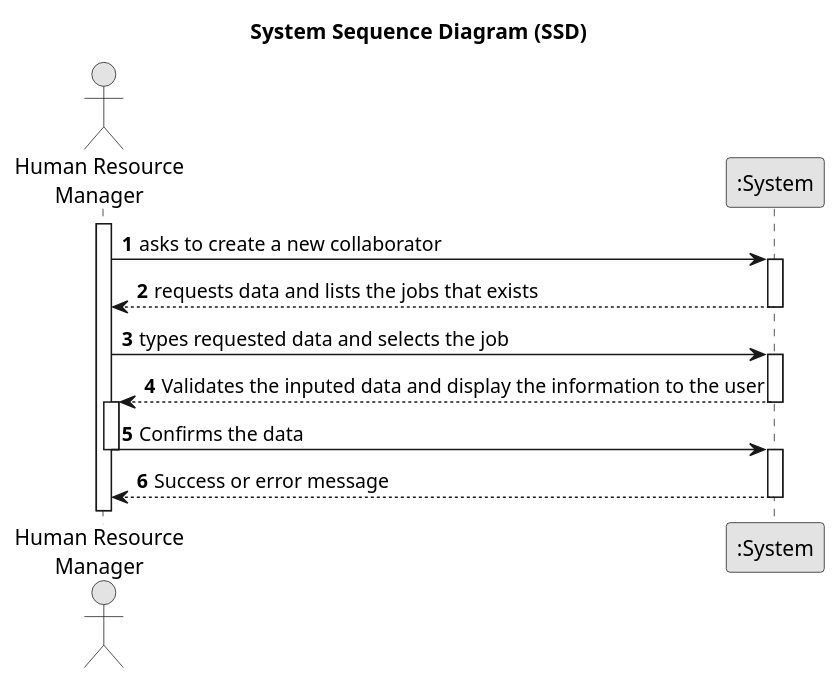
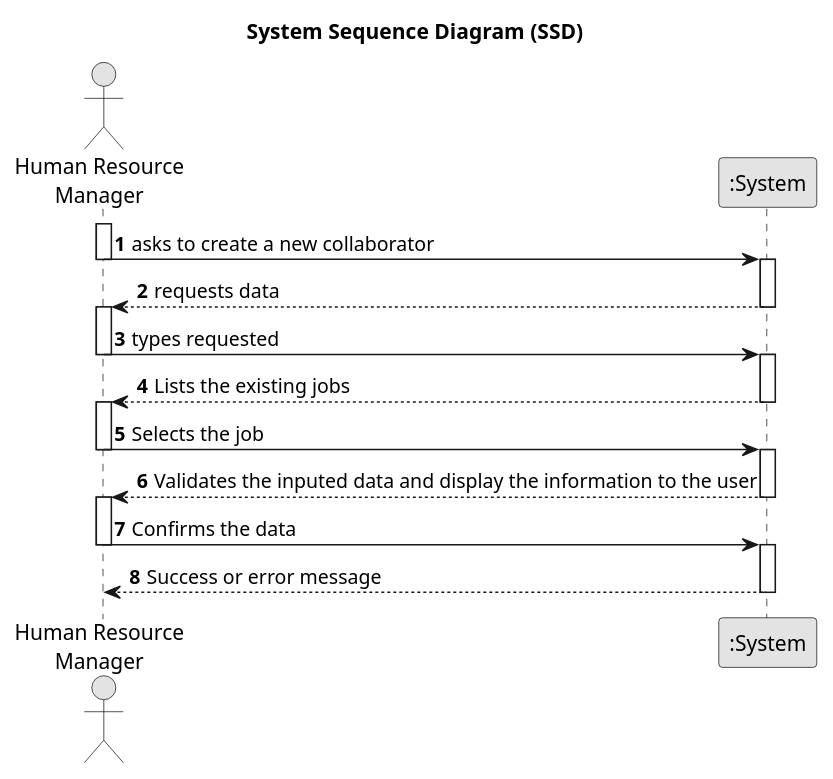
One commit to Departamento-de-Engenharia-Informatica/greenspace-management changed the diagram in docs/sprintA/us003/01.requirements-engineering/puml/us003-system-sequence-diagram.puml. Above: the diagram before and after it, drawn with PlantUML.

Commit message:
us003 made

```diff
--- a/docs/sprintA/us003/01.requirements-engineering/puml/us003-system-sequence-diagram.puml
+++ b/docs/sprintA/us003/01.requirements-engineering/puml/us003-system-sequence-diagram.puml
@@ -1,36 +1,49 @@
 @startuml
 skinparam monochrome true
 skinparam packageStyle rectangle
 skinparam shadowing false
 
 title System Sequence Diagram (SSD)
 
 autonumber
 
 actor "Human Resource\nManager" as HRM
 participant ":System" as System
 
 activate HRM
 
     HRM -> System : asks to create a new collaborator
+    deactivate HRM
+
     activate System
-        System --> HRM : requests data and lists the jobs that exists
+        System --> HRM : requests data
 
     deactivate System
 
-    HRM -> System : types requested data and selects the job
+    activate HRM
+    HRM -> System : types requested
+    deactivate HRM
+
     activate System
+    System --> HRM : Lists the existing jobs
+    deactivate System
 
+    activate HRM
+
+    HRM -> System : Selects the job
+    deactivate HRM
+
+    activate System
     System --> HRM : Validates the inputed data and display the information to the user
     deactivate System
     activate HRM
 
     HRM -> System : Confirms the data
     deactivate HRM
 
     activate System
     System --> HRM : Success or error message
 
     deactivate System
 
 @enduml
```
